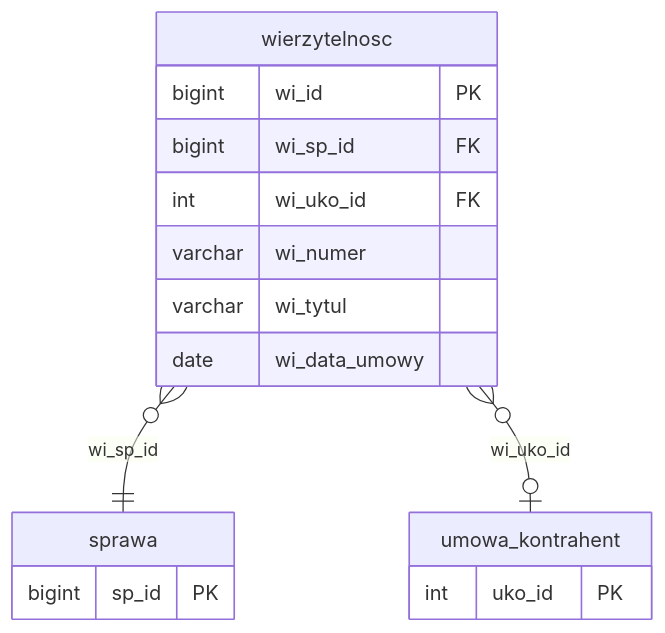
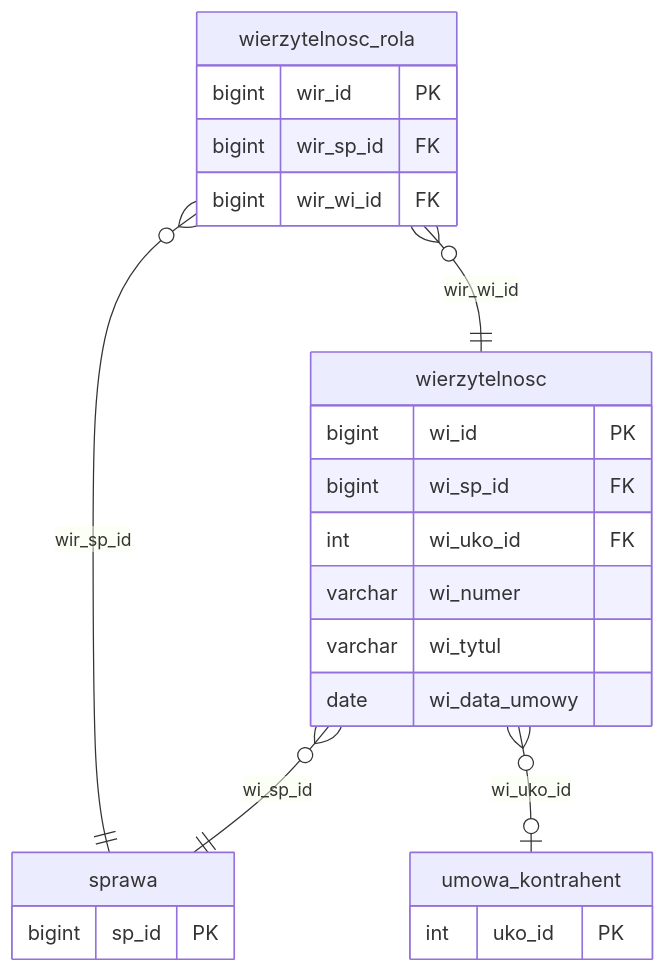
The diagram in docs/struktura-stagingu/wierzytelnosci.md (oskar-bialek-bakk/intrum-migration-docs), drawn with Mermaid before and after one commit. The commit also changed other lines of this file and 15 other files, not shown here.

````diff
--- a/docs/struktura-stagingu/wierzytelnosci.md
+++ b/docs/struktura-stagingu/wierzytelnosci.md
@@ -22,22 +22,30 @@
 ```mermaid
 erDiagram
     sprawa {
         bigint  sp_id    PK
     }
 
     umowa_kontrahent {
         int     uko_id    PK
     }
 
     wierzytelnosc {
         bigint  wi_id           PK
         bigint  wi_sp_id        FK
         int     wi_uko_id       FK
         varchar wi_numer
         varchar wi_tytul
         date    wi_data_umowy
     }
 
-    wierzytelnosc  }o--||  sprawa            : "wi_sp_id"
-    wierzytelnosc  }o--o|  umowa_kontrahent  : "wi_uko_id"
+    wierzytelnosc_rola {
+        bigint  wir_id          PK
+        bigint  wir_sp_id       FK
+        bigint  wir_wi_id       FK
+    }
+
+    wierzytelnosc       }o--||  sprawa            : "wi_sp_id"
+    wierzytelnosc       }o--o|  umowa_kontrahent  : "wi_uko_id"
+    wierzytelnosc_rola  }o--||  sprawa            : "wir_sp_id"
+    wierzytelnosc_rola  }o--||  wierzytelnosc     : "wir_wi_id"
 ```
````
